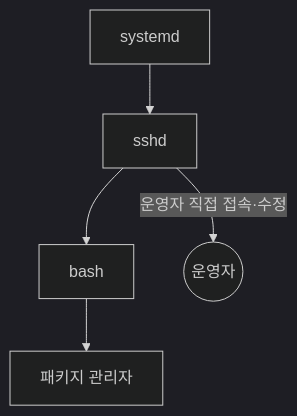
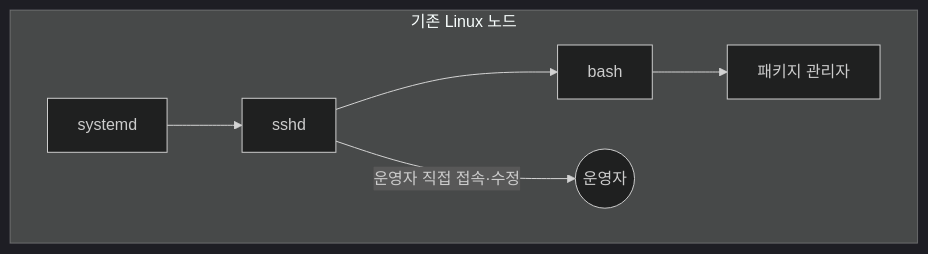
The second of 3 diagrams in content/linux/distro-basics/immutable-os.md (moonblueblue/devops-wiki), drawn with Mermaid (dark theme) before and after one commit. The commit also changed other lines of this file, not shown here.

````diff
--- a/content/linux/distro-basics/immutable-os.md
+++ b/content/linux/distro-basics/immutable-os.md
@@ -199,7 +197,9 @@
 ```mermaid
 graph TD
-    T1[systemd] --> T2[sshd]
-    T2 --> T3[bash]
-    T3 --> T4[패키지 관리자]
-    T2 -->|"운영자 직접 접속·수정"| T5((운영자))
+    subgraph trad["기존 Linux 노드"]
+        T1[systemd] --> T2[sshd]
+        T2 --> T3[bash]
+        T3 --> T4[패키지 관리자]
+        T2 -->|"운영자 직접 접속·수정"| T5((운영자))
+    end
 ```
````
